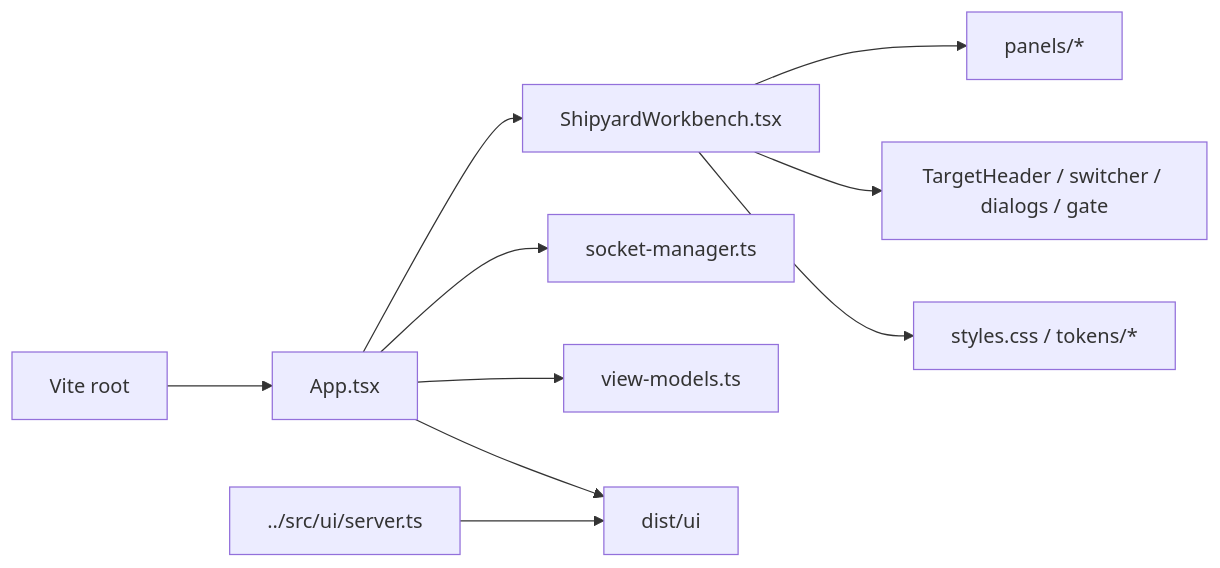
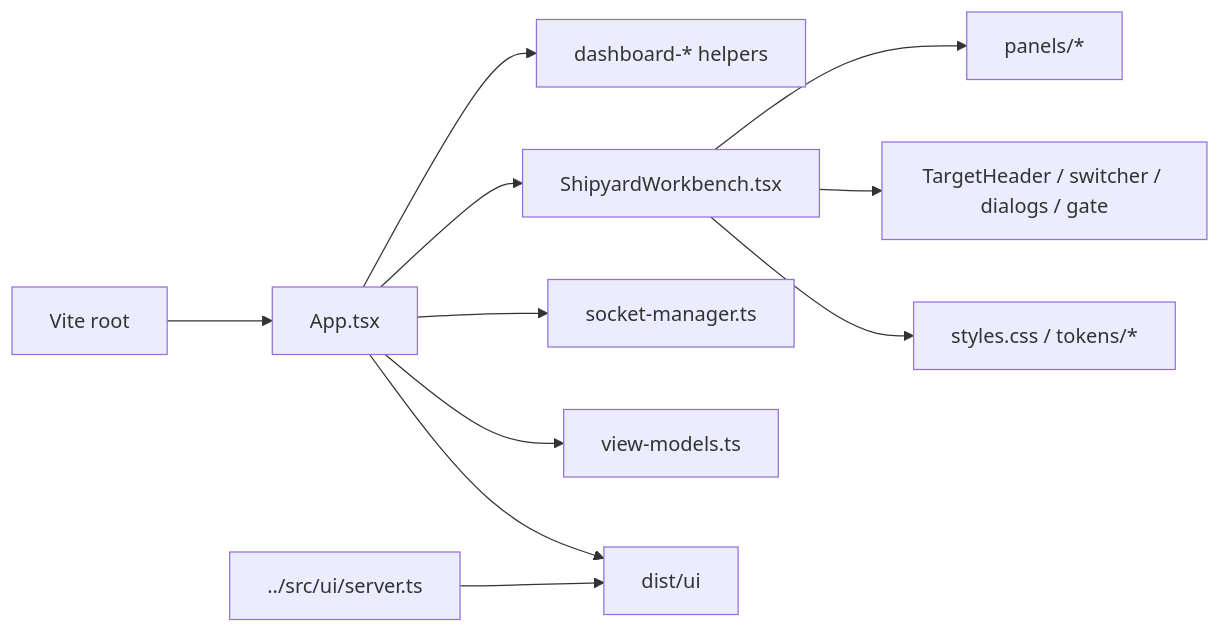
Before and after one commit to thisisyoussef/shipyard: the diagram in shipyard/ui/README.md, drawn with Mermaid. The commit also changed other lines of this file and 20 other files, not shown here.

Commit message:
feat(ui): wire live dashboard catalog and launch flow

````diff
--- a/shipyard/ui/README.md
+++ b/shipyard/ui/README.md
@@ -48,23 +58,25 @@
 ```mermaid
 flowchart LR
   Vite["Vite root"]
   App["App.tsx"]
+  Dashboard["dashboard-* helpers"]
   Workbench["ShipyardWorkbench.tsx"]
   Panels["panels/*"]
   TargetUi["TargetHeader / switcher / dialogs / gate"]
   Socket["socket-manager.ts"]
   ViewModels["view-models.ts"]
   Styles["styles.css / tokens/*"]
   Build["dist/ui"]
   Backend["../src/ui/server.ts"]
 
   Vite --> App
+  App --> Dashboard
   App --> Socket
   App --> ViewModels
   App --> Workbench
   Workbench --> Panels
   Workbench --> TargetUi
   Workbench --> Styles
   App --> Build
   Backend --> Build
 ```
````
